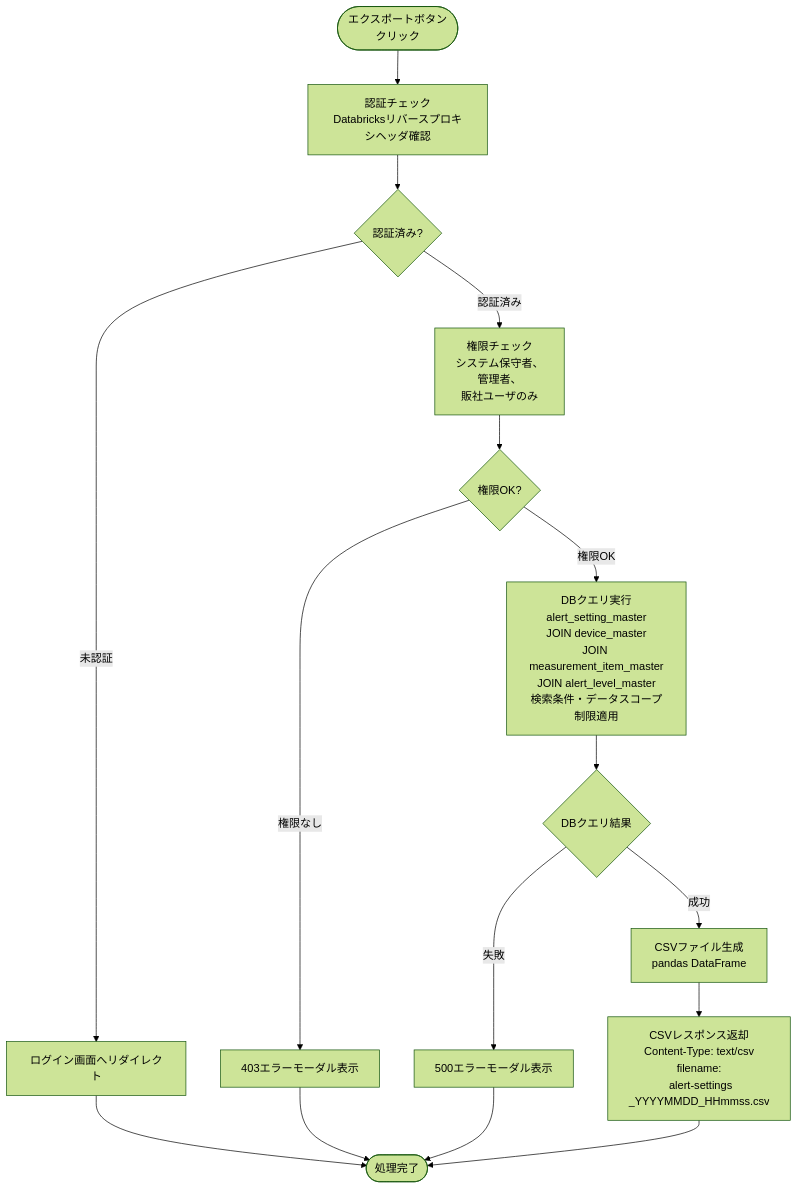
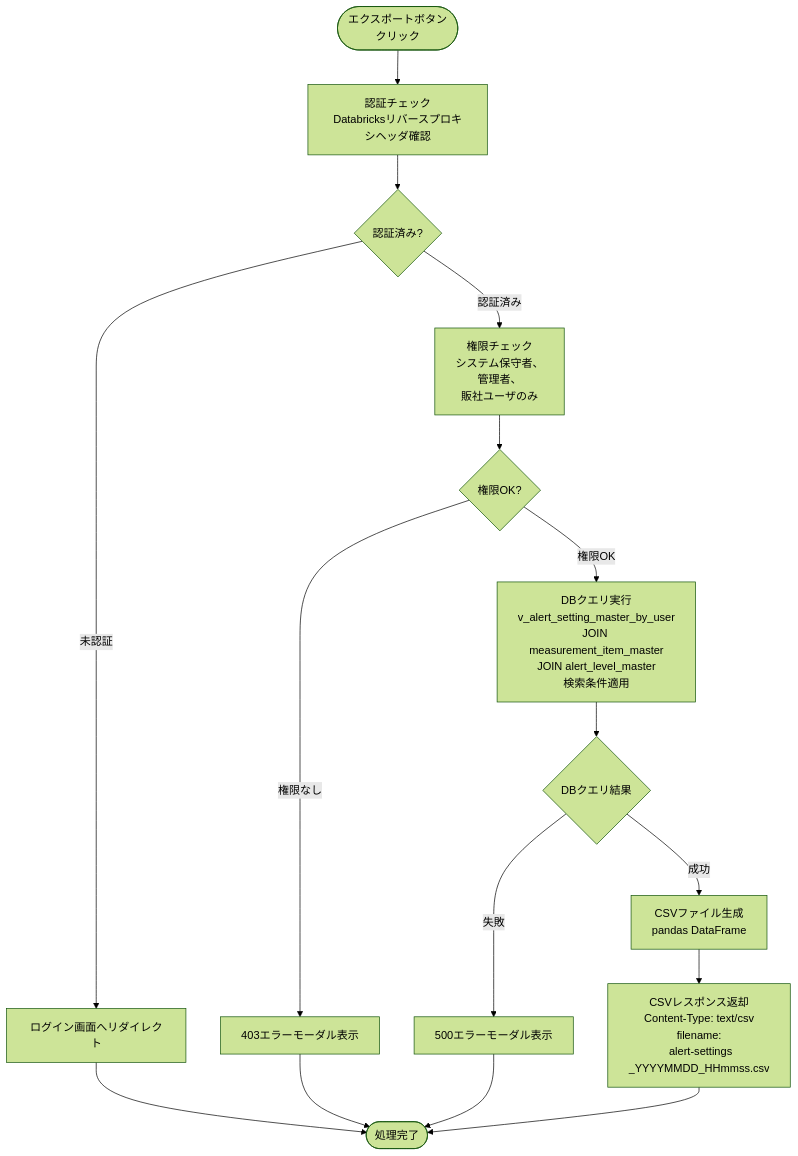
The ninth of 9 diagrams in docs/03-features/flask-app/alert-settings/workflow-specification.md (NSW-SVCP-AIWG002/Databricks-IoT), drawn with Mermaid (forest theme) before and after one commit. The commit also changed other lines of this file and 13 other files, not shown here.

````diff
--- a/docs/03-features/flask-app/alert-settings/workflow-specification.md
+++ b/docs/03-features/flask-app/alert-settings/workflow-specification.md
@@ -848,23 +841,23 @@
 ```mermaid
 flowchart TD
     Start([エクスポートボタン<br>クリック]) --> Auth[認証チェック<br>Databricksリバースプロキシヘッダ確認]
     Auth --> CheckAuth{認証済み?}
     CheckAuth -->|未認証| Error401[ログイン画面へリダイレクト]
     Error401 --> End([処理完了])
 
     CheckAuth -->|認証済み| Permission[権限チェック<br>システム保守者、<br>管理者、<br>販社ユーザのみ]
     Permission --> CheckPerm{権限OK?}
 
     CheckPerm -->|権限なし| Error403[403エラーモーダル表示]
     Error403 --> End
 
-    CheckPerm -->|権限OK| Query[DBクエリ実行<br>alert_setting_master<br>JOIN device_master<br>JOIN measurement_item_master<br>JOIN alert_level_master<br>検索条件・データスコープ制限適用]
+    CheckPerm -->|権限OK| Query[DBクエリ実行<br>v_alert_setting_master_by_user<br>JOIN measurement_item_master<br>JOIN alert_level_master<br>検索条件適用]
     Query --> CheckDB{DBクエリ結果}
 
     CheckDB -->|失敗| Error500[500エラーモーダル表示]
     Error500 --> End
 
     CheckDB -->|成功| Generate[CSVファイル生成<br>pandas DataFrame]
     Generate --> Response[CSVレスポンス返却<br>Content-Type: text/csv<br>filename:<br> alert-settings<br>_YYYYMMDD_HHmmss.csv]
     Response --> End
 ```
````
